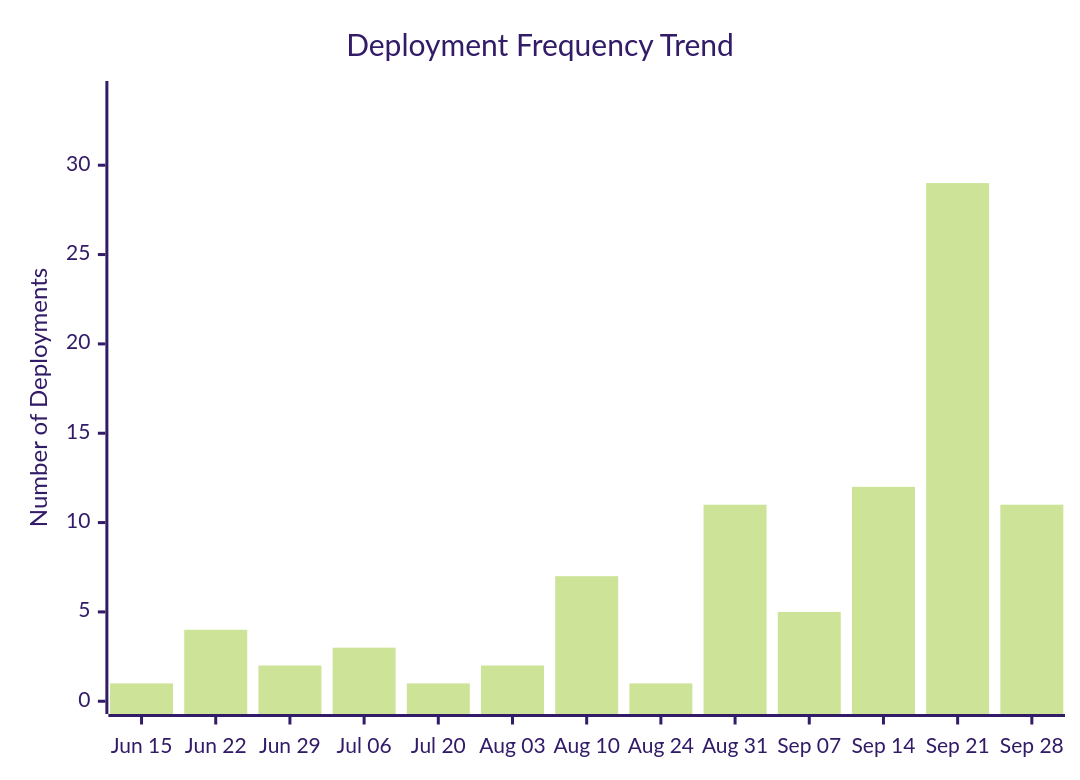
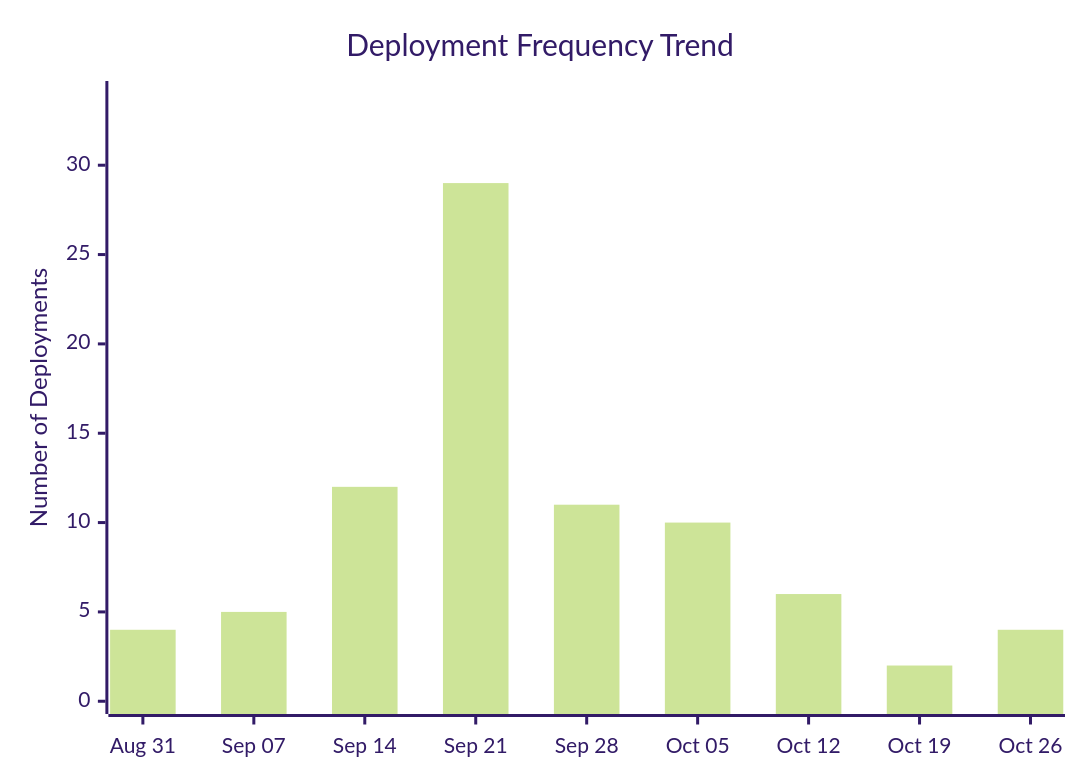
One commit to ukma-cs-ssdm-2025/rate-ukma changed the third of 4 diagrams in docs/ci-cd/dora-summary.md. Above: the diagram before and after it, drawn with Mermaid (forest theme). The commit also changed other lines of this file, not shown here.

````diff
--- a/docs/ci-cd/dora-summary.md
+++ b/docs/ci-cd/dora-summary.md
@@ -55,7 +51,7 @@
 ```mermaid
 xychart-beta
     title "Deployment Frequency Trend"
-    x-axis ["Jun 15", "Jun 22", "Jun 29", "Jul 06", "Jul 20", "Aug 03", "Aug 10", "Aug 24", "Aug 31", "Sep 07", "Sep 14", "Sep 21", "Sep 28"]
+    x-axis ["Aug 31", "Sep 07", "Sep 14", "Sep 21", "Sep 28", "Oct 05", "Oct 12", "Oct 19", "Oct 26"]
     y-axis "Number of Deployments" 0 --> 34
-    bar [1.00, 4.00, 2.00, 3.00, 1.00, 2.00, 7.00, 1.00, 11.00, 5.00, 12.00, 29.00, 11.00]
+    bar [4.00, 5.00, 12.00, 29.00, 11.00, 10.00, 6.00, 2.00, 4.00]
 ```
````
